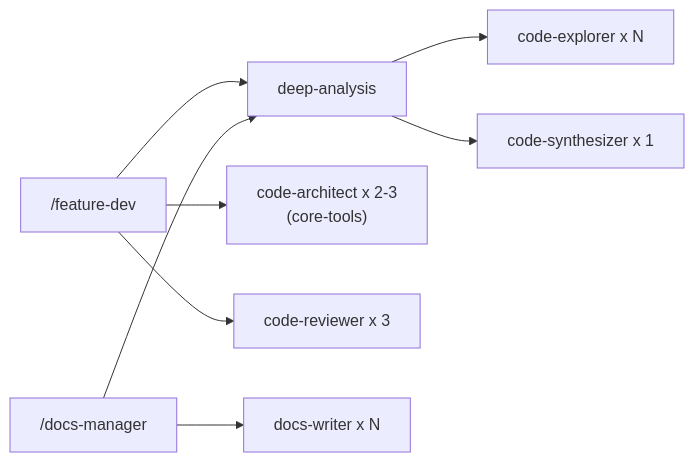
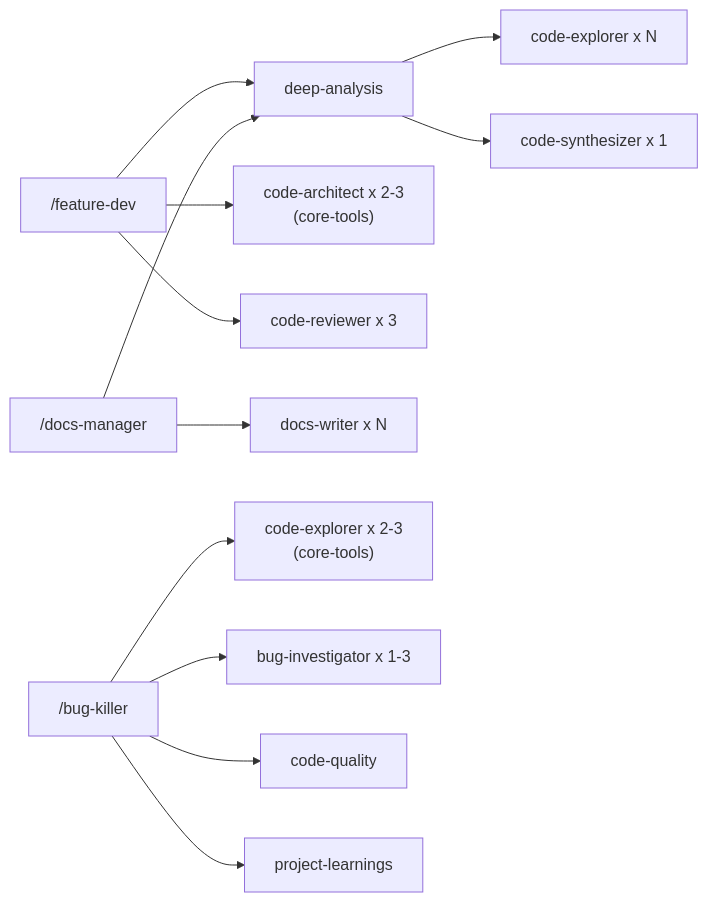
The diagram in docs/plugins/dev-tools.md (sequenzia/agent-alchemy), drawn with Mermaid before and after one commit. The commit also changed other lines of this file and 5 other files, not shown here.

````diff
--- a/docs/plugins/dev-tools.md
+++ b/docs/plugins/dev-tools.md
@@ -79,10 +146,14 @@
 ```mermaid
 graph LR
     FD["/feature-dev"] --> DA["deep-analysis"]
     DA --> CE["code-explorer x N"]
     DA --> CS["code-synthesizer x 1"]
     FD --> CA["code-architect x 2-3<br/>(core-tools)"]
     FD --> CR["code-reviewer x 3"]
     DM["/docs-manager"] --> DA
     DM --> DW["docs-writer x N"]
+    BK["/bug-killer"] --> CE2["code-explorer x 2-3<br/>(core-tools)"]
+    BK --> BI["bug-investigator x 1-3"]
+    BK --> CQ["code-quality"]
+    BK --> PL["project-learnings"]
 ```
````
